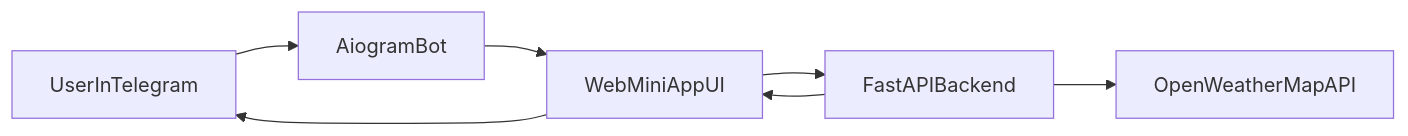
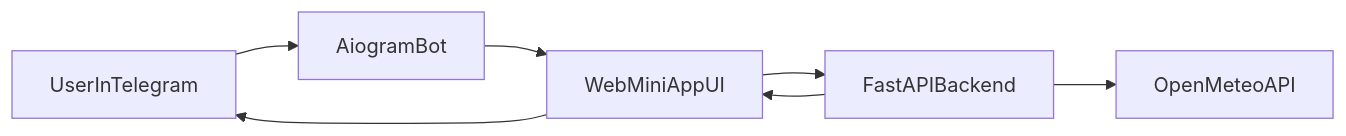
The diagram in .cursor/plans/telegram_weather_miniapp_eee503c8.plan.md (badubidabambirimbum/weather_forecast-tg-bot_ai), drawn with Mermaid before and after one commit. The commit also changed other lines of this file, not shown here.

First line of the commit message:
docs(plan): синхронизировать план с Open-Meteo и статусами

````diff
--- a/.cursor/plans/telegram_weather_miniapp_eee503c8.plan.md
+++ b/.cursor/plans/telegram_weather_miniapp_eee503c8.plan.md
@@ -34,9 +34,9 @@
 ```mermaid
 flowchart LR
   user[UserInTelegram] --> bot[AiogramBot]
   bot --> miniapp[WebMiniAppUI]
   miniapp --> api[FastAPIBackend]
-  api --> owm[OpenWeatherMapAPI]
+  api --> openmeteo[OpenMeteoAPI]
   api --> miniapp
   miniapp --> user
 ```
````
